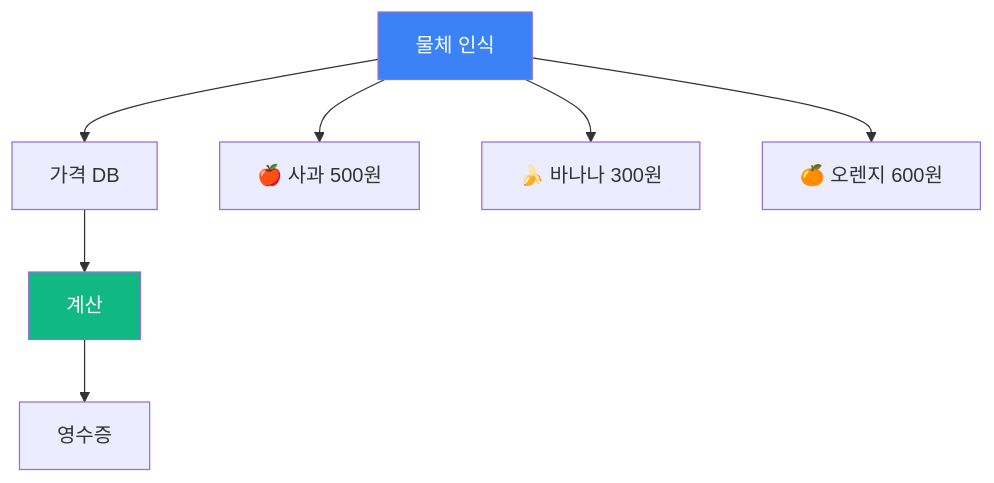
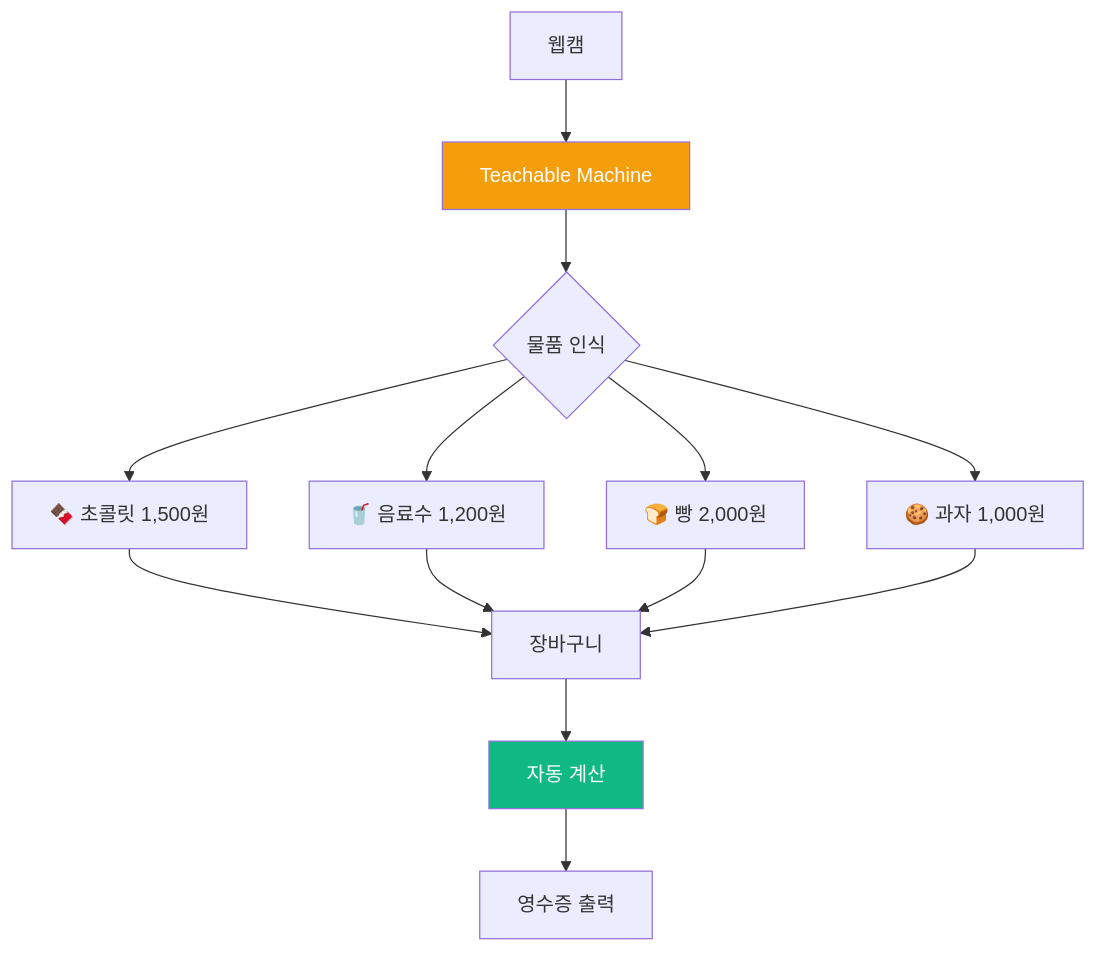
One commit to Collegenie-X/AIMakerLab_Web changed the tenth of 14 diagrams in documents/CURRICULUM/맛보기_블록코딩_AI비전.md. Above: the diagram before and after it, drawn with Mermaid. The commit also changed other lines of this file and 3 other files, not shown here.

````diff
--- a/documents/CURRICULUM/맛보기_블록코딩_AI비전.md
+++ b/documents/CURRICULUM/맛보기_블록코딩_AI비전.md
@@ -251,13 +483,18 @@
 ```mermaid
 graph TB
-    A[물체 인식] --> B[가격 DB]
-    B --> C[계산]
-    C --> D[영수증]
+    A[웹캠] --> B[Teachable Machine]
+    B --> C{물품 인식}
+    C --> D[🍫 초콜릿 1,500원]
+    C --> E[🥤 음료수 1,200원]
+    C --> F[🍞 빵 2,000원]
+    C --> G[🍪 과자 1,000원]
+    D --> H[장바구니]
+    E --> H
+    F --> H
+    G --> H
+    H --> I[자동 계산]
+    I --> J[영수증 출력]
     
-    A --> A1[🍎 사과 500원]
-    A --> A2[🍌 바나나 300원]
-    A --> A3[🍊 오렌지 600원]
-    
-    style A fill:#3b82f6,color:#fff
-    style C fill:#10b981,color:#fff
+    style B fill:#f59e0b,color:#fff
+    style I fill:#10b981,color:#fff
 ```
````
